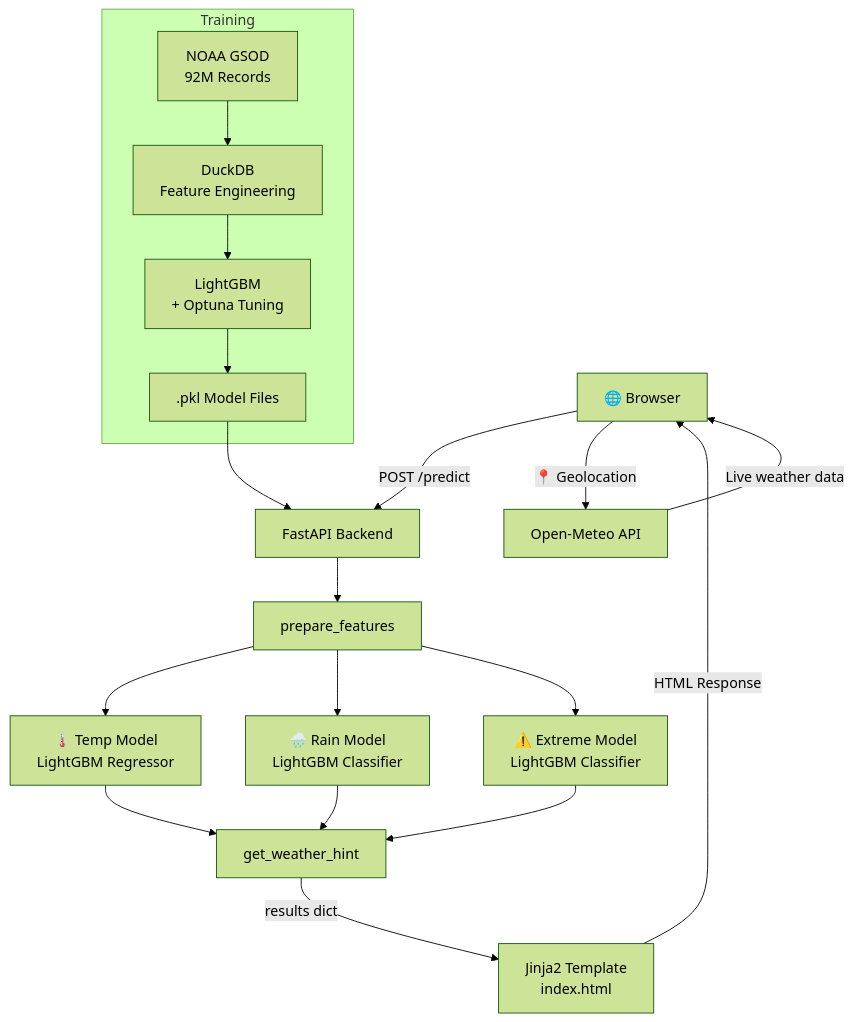
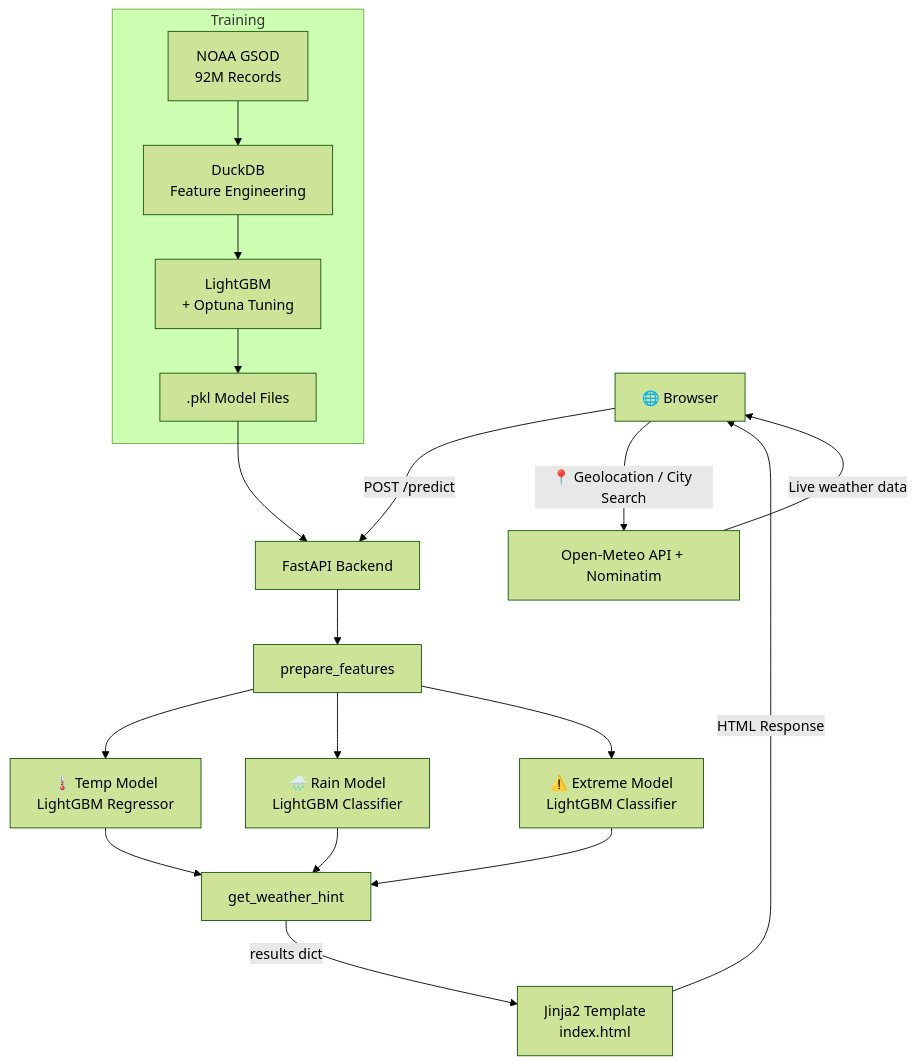
One commit to Showrish/Weather-Forecast changed the diagram in README.md. Above: the diagram before and after it, drawn with Mermaid (forest theme). The commit also changed other lines of this file, not shown here.

````diff
--- a/README.md
+++ b/README.md
@@ -85,26 +88,26 @@
 ```mermaid
 flowchart TD
     A[🌐 Browser] -->|POST /predict| B[FastAPI Backend]
-    A -->|📍 Geolocation| C[Open-Meteo API]
+    A -->|📍 Geolocation / City Search| C[Open-Meteo API + Nominatim]
     C -->|Live weather data| A
 
     B --> D[prepare_features]
     D --> E[🌡️ Temp Model\nLightGBM Regressor]
     D --> F[🌧️ Rain Model\nLightGBM Classifier]
     D --> G[⚠️ Extreme Model\nLightGBM Classifier]
 
     E --> H[get_weather_hint]
     F --> H
     G --> H
 
     H -->|results dict| I[Jinja2 Template\nindex.html]
     I -->|HTML Response| A
 
     subgraph Training
         J[NOAA GSOD\n92M Records] --> K[DuckDB\nFeature Engineering]
         K --> L[LightGBM\n+ Optuna Tuning]
         L --> M[.pkl Model Files]
     end
 
     M --> B
 ```
````
